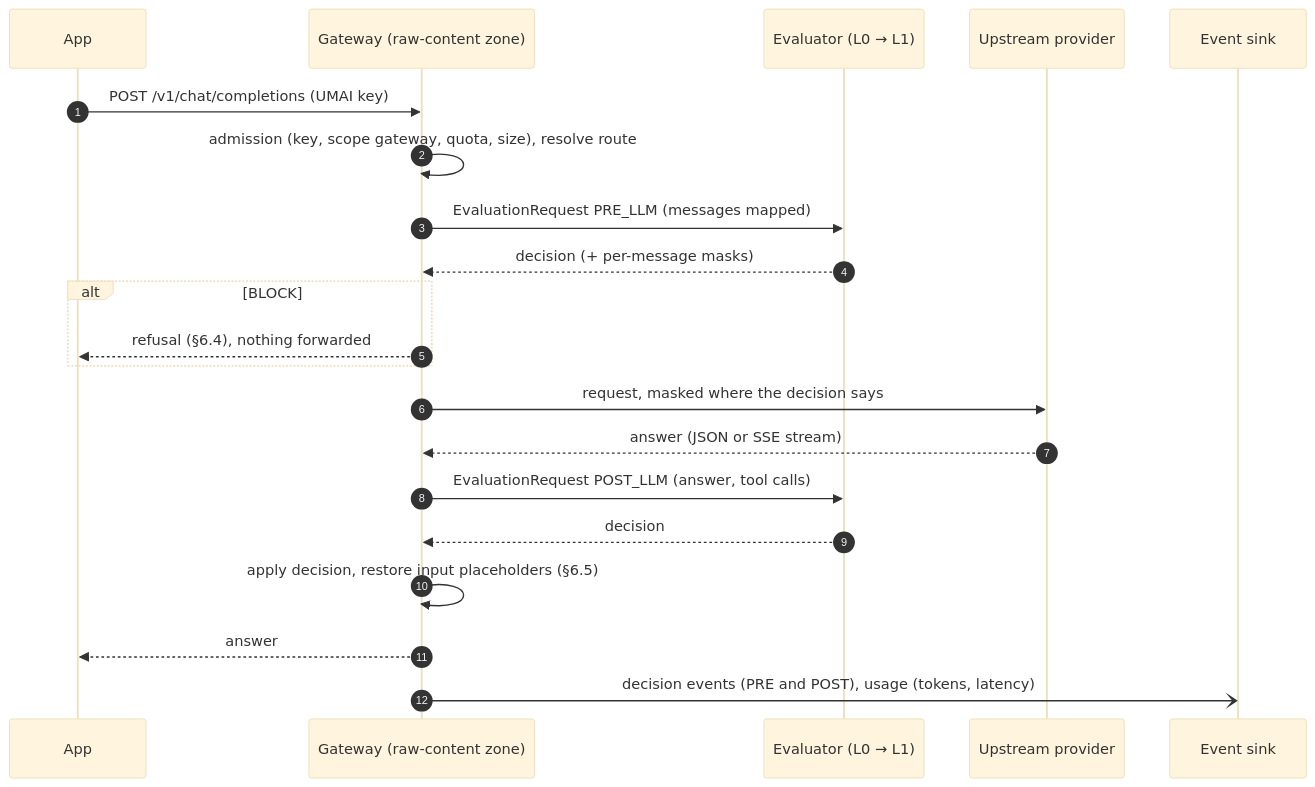
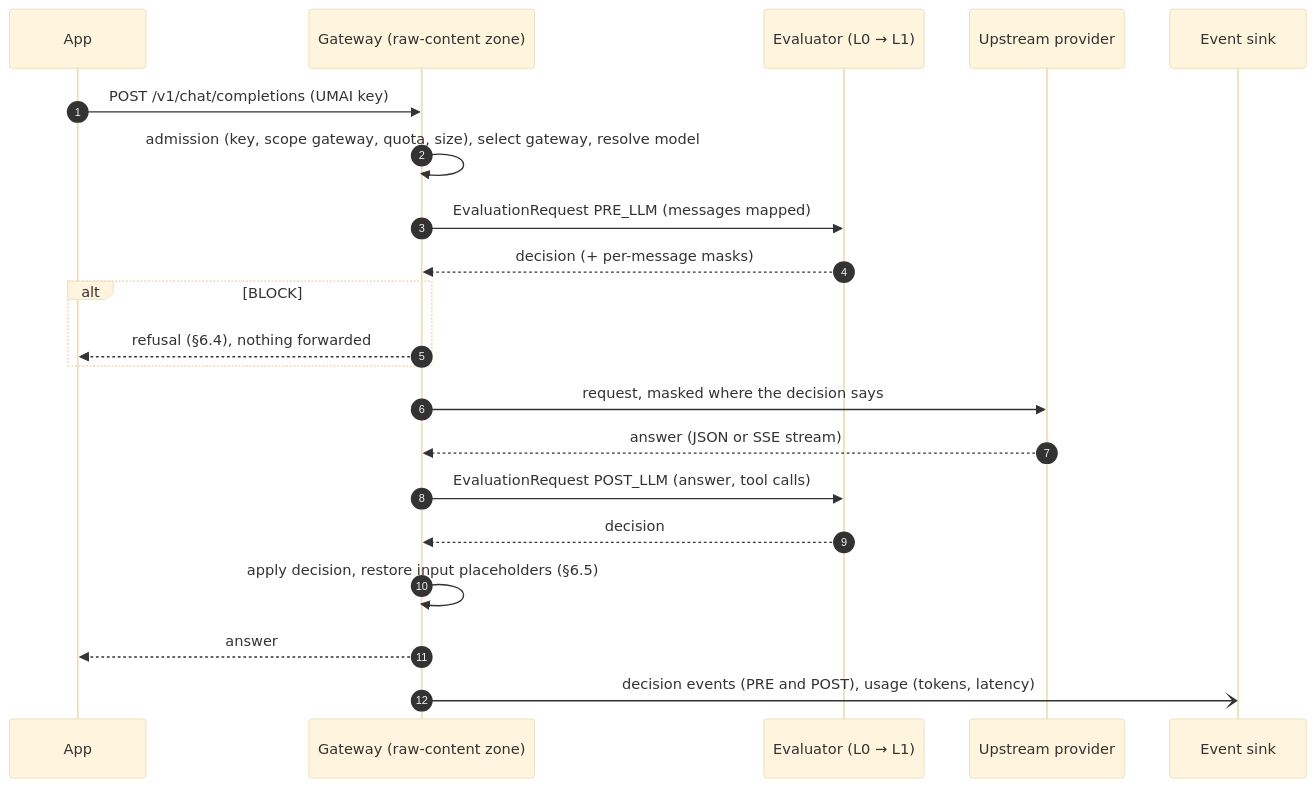
One commit to UMAI-Solutions/umai-decision-engine changed the third of 4 diagrams in docs/architecture/ai-gateway.md. Above: the diagram before and after it, drawn with Mermaid (base theme). The commit also changed other lines of this file and 41 other files, not shown here.

First line of the commit message:
Gateways instead of per-model routes (ADR-0038, gateway-api 0.9)

````diff
--- a/docs/architecture/ai-gateway.md
+++ b/docs/architecture/ai-gateway.md
@@ -184,24 +184,24 @@
 ```mermaid
 sequenceDiagram
     autonumber
     participant App
     participant GW as Gateway (raw-content zone)
     participant EV as Evaluator (L0 → L1)
     participant UP as Upstream provider
     participant S as Event sink
 
     App->>GW: POST /v1/chat/completions (UMAI key)
-    GW->>GW: admission (key, scope gateway, quota, size), resolve route
+    GW->>GW: admission (key, scope gateway, quota, size), select gateway, resolve model
     GW->>EV: EvaluationRequest PRE_LLM (messages mapped)
     EV-->>GW: decision (+ per-message masks)
     alt BLOCK
         GW-->>App: refusal (§6.4), nothing forwarded
     end
     GW->>UP: request, masked where the decision says
     UP-->>GW: answer (JSON or SSE stream)
     GW->>EV: EvaluationRequest POST_LLM (answer, tool calls)
     EV-->>GW: decision
     GW->>GW: apply decision, restore input placeholders (§6.5)
     GW-->>App: answer
     GW-)S: decision events (PRE and POST), usage (tokens, latency)
 ```
````
